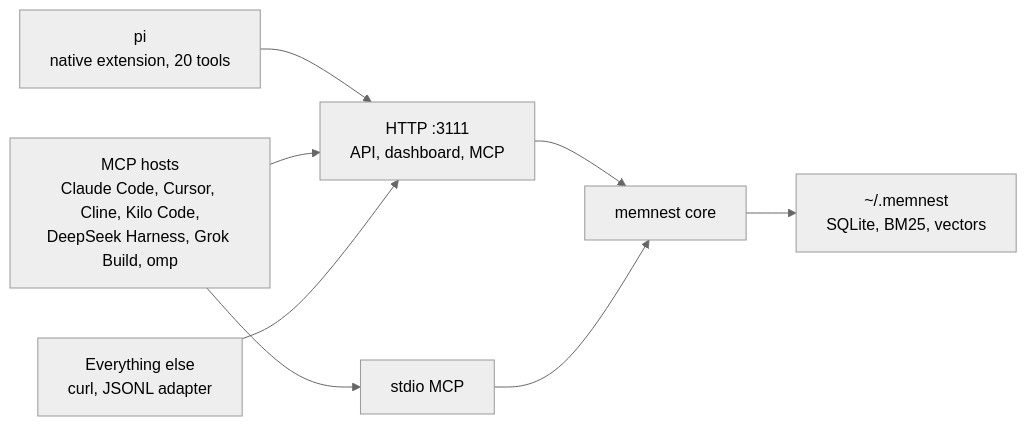
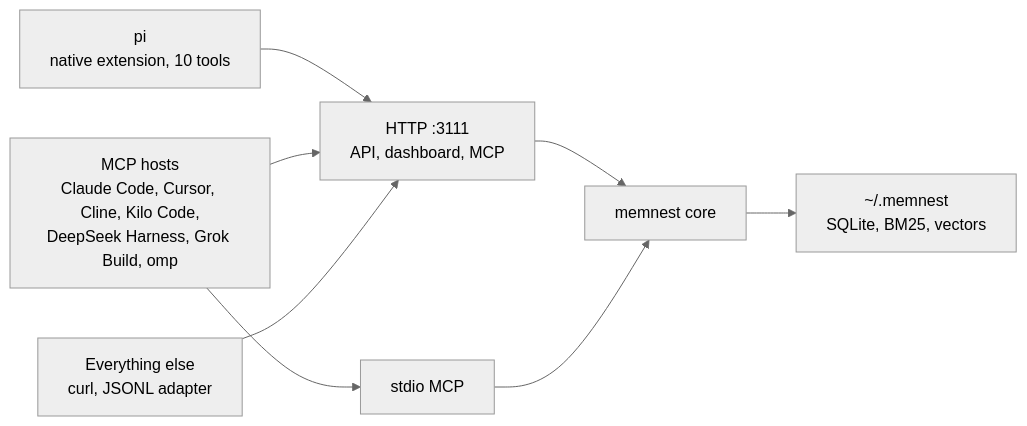
One commit to Blue-B/memnest changed the second of 2 diagrams in README.md. Above: the diagram before and after it, drawn with Mermaid (neutral theme). The commit also changed other lines of this file and 23 other files, not shown here.

````diff
--- a/README.md
+++ b/README.md
@@ -78,10 +78,10 @@
 ```mermaid
 flowchart LR
-    A["pi<br/>native extension, 20 tools"] --> H["HTTP :3111<br/>API, dashboard, MCP"]
+    A["pi<br/>native extension, 10 tools"] --> H["HTTP :3111<br/>API, dashboard, MCP"]
     B["MCP hosts<br/>Claude Code, Cursor, Cline, Kilo Code,<br/>DeepSeek Harness, Grok Build, omp"] --> H
     B --> M["stdio MCP"]
     C["Everything else<br/>curl, JSONL adapter"] --> H
     H --> CORE["memnest core"]
     M --> CORE
     CORE --> D["~/.memnest<br/>SQLite, BM25, vectors"]
 ```
````
